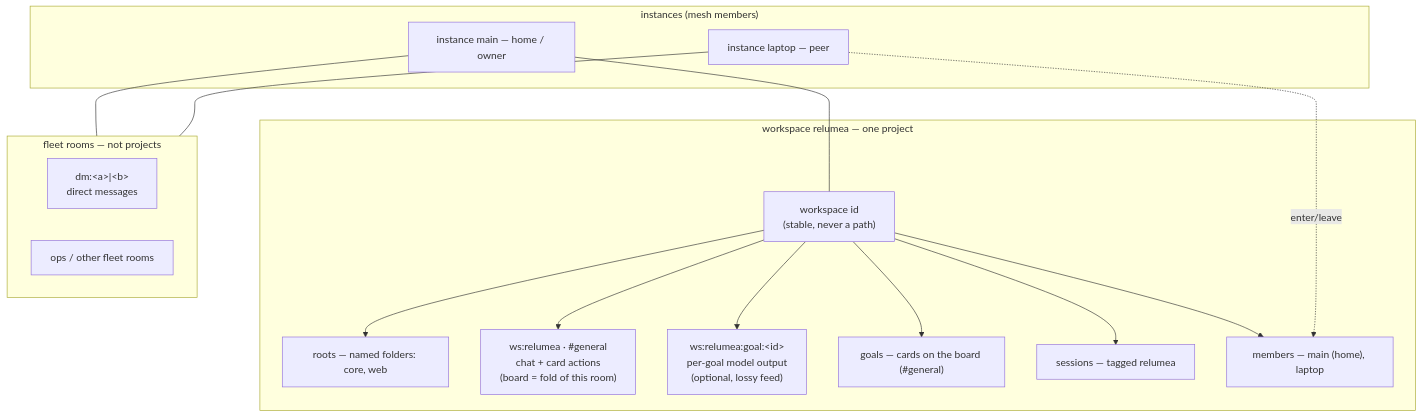
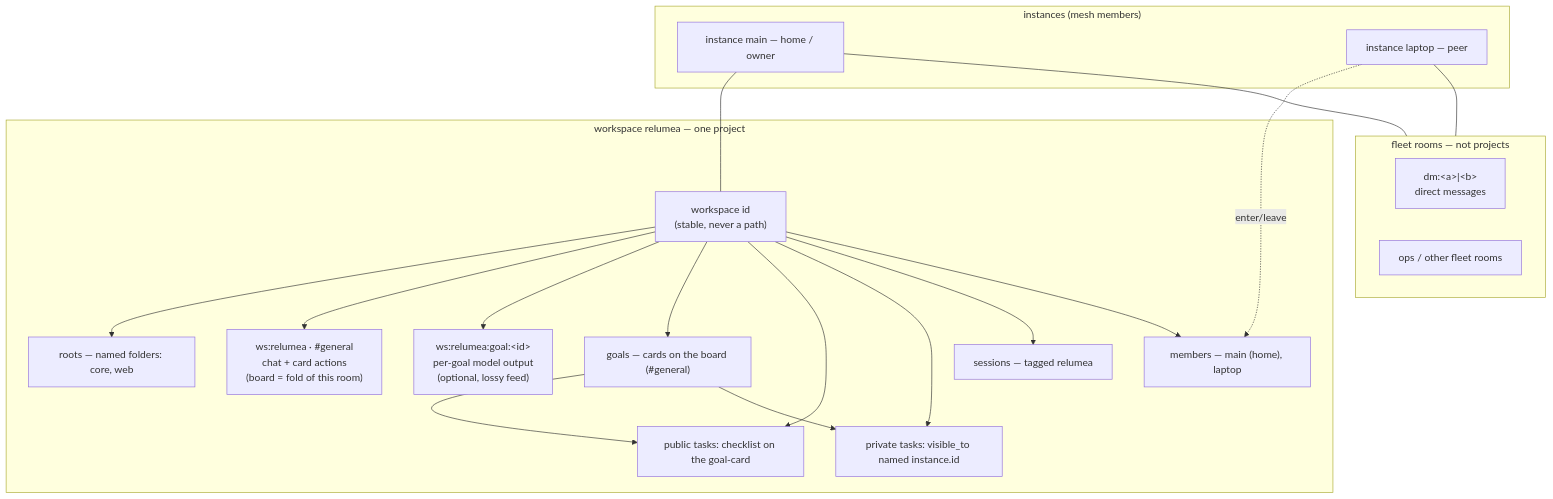
One commit to maci0/clanker changed the second of 11 diagrams in docs/rfcs/0001-workspace-room-board-hierarchy.md. Above: the diagram before and after it, drawn with Mermaid. The commit also changed other lines of this file and 10 other files, not shown here.

````diff
--- a/docs/rfcs/0001-workspace-room-board-hierarchy.md
+++ b/docs/rfcs/0001-workspace-room-board-hierarchy.md
@@ -272,27 +279,31 @@
   ```mermaid
   flowchart TD
       subgraph Inst["instances (mesh members)"]
           Main["instance main — home / owner"]
           Laptop["instance laptop — peer"]
       end
 
       subgraph WS["workspace relumea — one project"]
           W["workspace id<br/>(stable, never a path)"]
           W --> Roots["roots — named folders: core, web"]
           W --> Gen["ws:relumea · #general<br/>chat + card actions<br/>(board = fold of this room)"]
           W --> GoalRoom["ws:relumea:goal:&lt;id&gt;<br/>per-goal model output<br/>(optional, lossy feed)"]
           W --> Goals["goals — cards on the board (#general)"]
+          W --> PubTasks["public tasks: checklist on the goal-card"]
+          W --> PrivTasks["private tasks: visible_to named instance.id"]
           W --> Sessions["sessions — tagged relumea"]
           W --> Members["members — main (home), laptop"]
+          Goals --> PubTasks
+          Goals --> PrivTasks
       end
 
       subgraph Fleet["fleet rooms — not projects"]
           DM["dm:&lt;a&gt;|&lt;b&gt;<br/>direct messages"]
           Ops["ops / other fleet rooms"]
       end
 
       Main --- W
       Laptop -.->|enter/leave| Members
       Main --- Fleet
       Laptop --- Fleet
   ```
````
